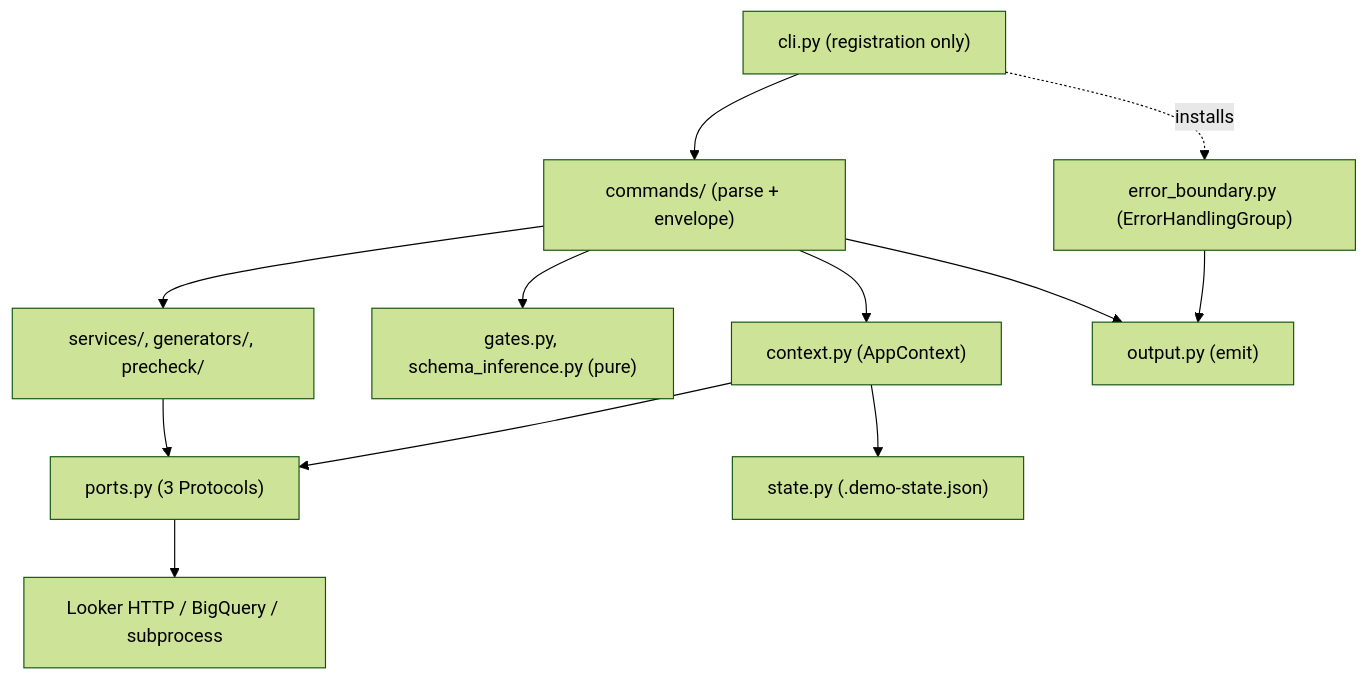
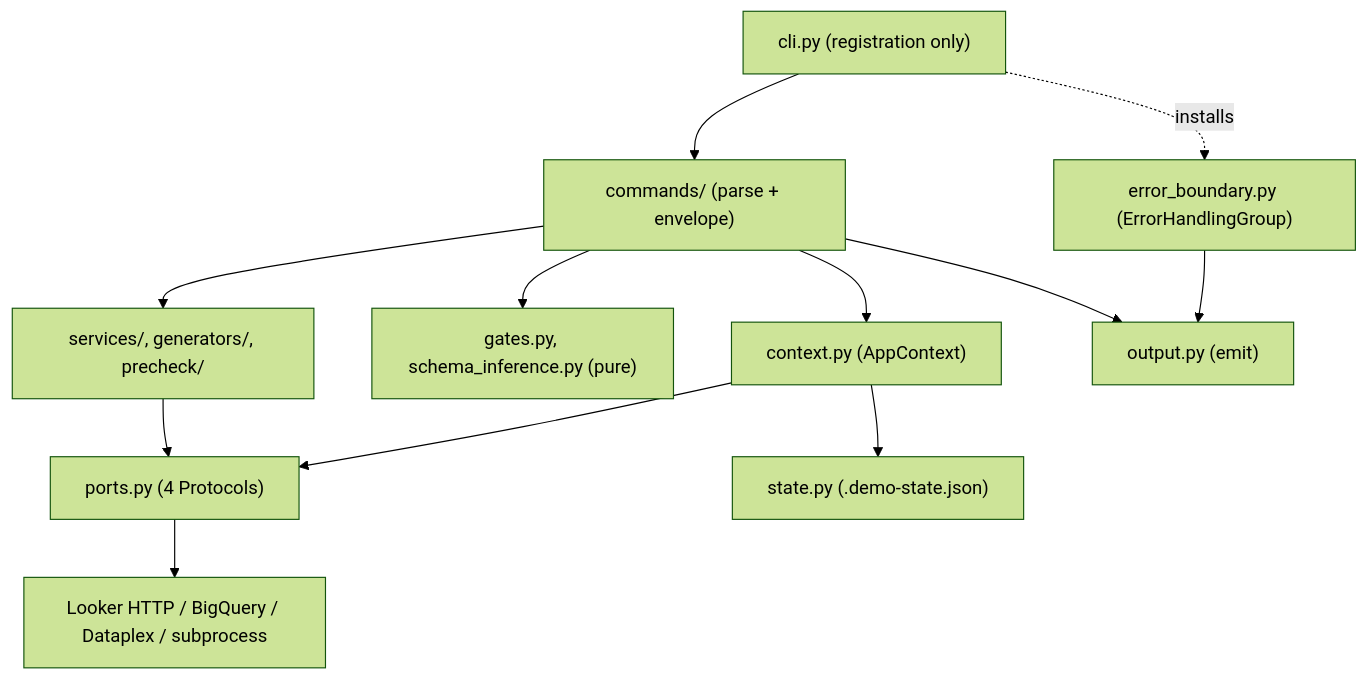
The diagram in docs/ARCHITECTURE.md (lkrdev/looker-demo-cli), drawn with Mermaid (forest theme) before and after one commit. The commit also changed other lines of this file and 13 other files, not shown here.

````diff
--- a/docs/ARCHITECTURE.md
+++ b/docs/ARCHITECTURE.md
@@ -61,26 +62,26 @@
 ```mermaid
 flowchart TD
     entry["cli.py (registration only)"]
     cmds["commands/ (parse + envelope)"]
     svcs["services/, generators/, precheck/"]
-    ports["ports.py (3 Protocols)"]
-    world["Looker HTTP / BigQuery / subprocess"]
+    ports["ports.py (4 Protocols)"]
+    world["Looker HTTP / BigQuery / Dataplex / subprocess"]
 
     pure["gates.py, schema_inference.py (pure)"]
     ctx["context.py (AppContext)"]
     out["output.py (emit)"]
     boundary["error_boundary.py (ErrorHandlingGroup)"]
     st["state.py (.demo-state.json)"]
 
     entry --> cmds
     cmds --> svcs
     cmds --> pure
     cmds --> ctx
     cmds --> out
     svcs --> ports
     ctx --> ports
     ctx --> st
     ports --> world
     entry -.installs.-> boundary
     boundary --> out
 ```
````
